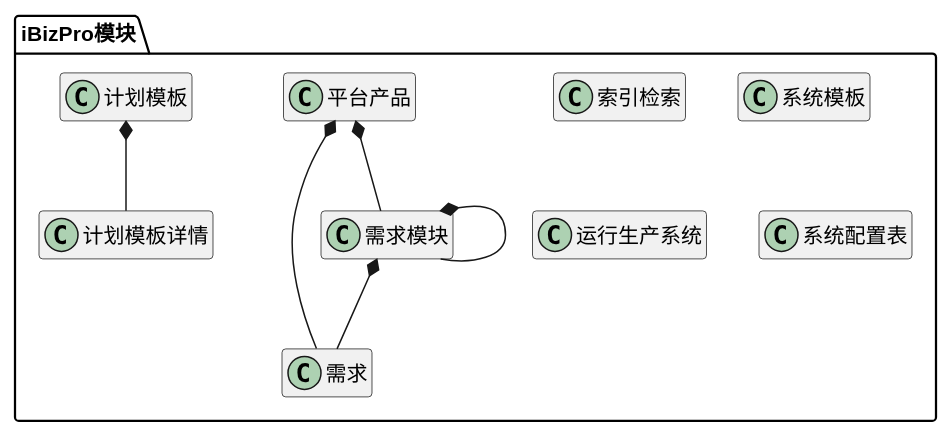
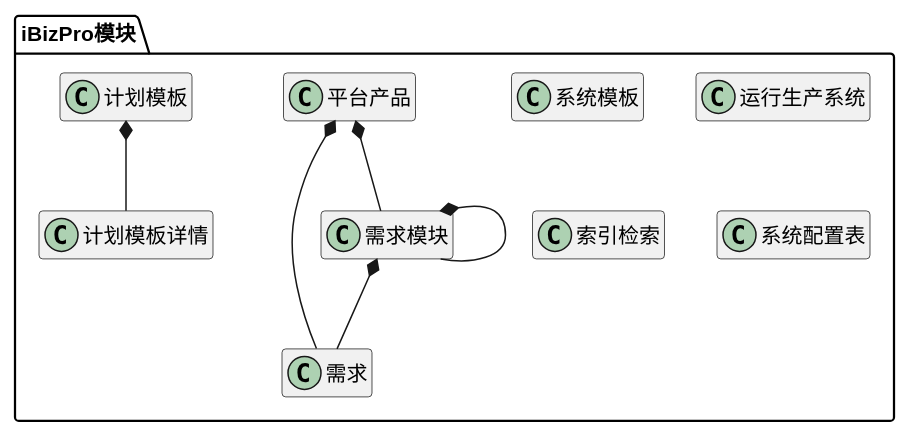
One commit to zj335841911/nt_chandao changed the diagram in ibizpms-docs/src/main/doc/v1/module/ibizpro.md. Above: the diagram before and after it, drawn with PlantUML. The commit also changed other lines of this file and 60 other files, not shown here.

```diff
--- a/ibizpms-docs/src/main/doc/v1/module/ibizpro.md
+++ b/ibizpms-docs/src/main/doc/v1/module/ibizpro.md
@@ -6,53 +6,53 @@
 {% plantuml %}
 
 package iBizPro模块 {
-
-class 索引检索 {
-}
 
 class 平台产品 {
 }
 
 class 需求 {
 }
 
 class 需求模块 {
 }
 
 class 系统模板 {
 }
 
 class 运行生产系统 {
+}
+
+class 索引检索 {
 }
 
 class 计划模板 {
 }
 
 class 计划模板详情 {
 }
 
 class 系统配置表 {
 }
 
 
 平台产品 *-- 需求模块 
 
 
 需求模块 *-- 需求模块 
 
 
 平台产品 *-- 需求 
 
 
 需求模块 *-- 需求 
 
 
 计划模板 *-- 计划模板详情 
 
 
 
 }
 
 hide members
 
 {% endplantuml %}
```
